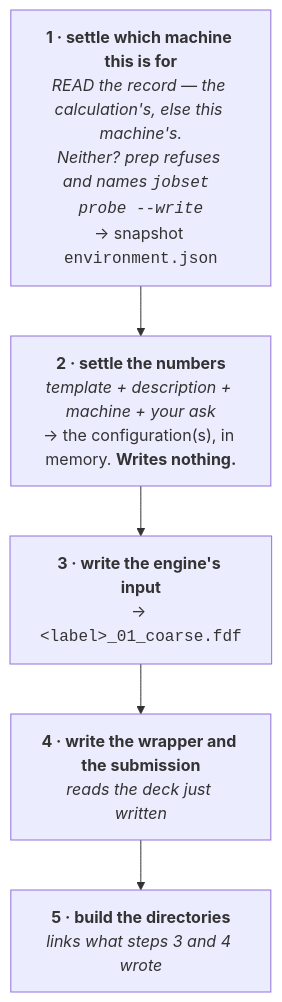
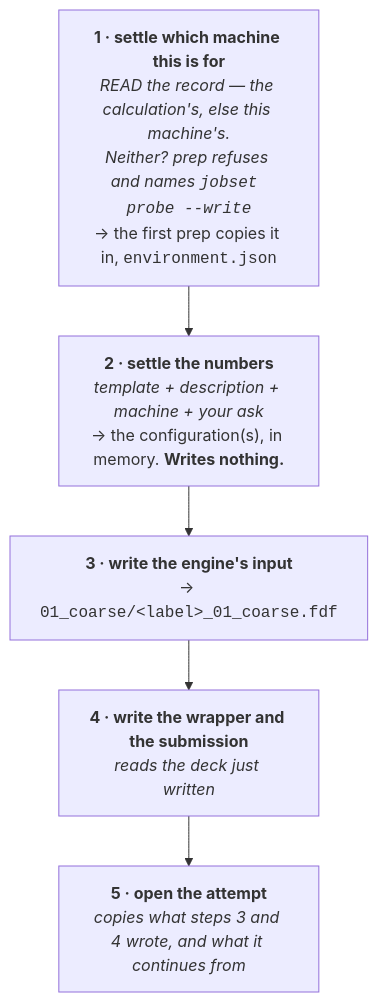
One commit to Qing-LAB/molbuilder changed the third of 4 diagrams in docs/workflow.md. Above: the diagram before and after it, drawn with Mermaid. The commit also changed other lines of this file and 8 other files, not shown here.

First line of the commit message:
Documents brought to the rules they still contradicted: step 5 copies, a redo is a rollback, the copy names its machine

````diff
--- a/docs/workflow.md
+++ b/docs/workflow.md
@@ -266,9 +266,9 @@
 ```mermaid
 flowchart TB
-    S1["<b>1 · settle which machine this is for</b><br/><i>READ the record — the calculation's, else this machine's.<br/>Neither? prep refuses and names <code>jobset probe --write</code></i><br/>→ snapshot <code>environment.json</code>"]
+    S1["<b>1 · settle which machine this is for</b><br/><i>READ the record — the calculation's, else this machine's.<br/>Neither? prep refuses and names <code>jobset probe --write</code></i><br/>→ the first prep copies it in, <code>environment.json</code>"]
     S2["<b>2 · settle the numbers</b><br/><i>template + description + machine + your ask</i><br/>→ the configuration(s), in memory. <b>Writes nothing.</b>"]
-    S3["<b>3 · write the engine's input</b><br/>→ <code>&lt;label&gt;_01_coarse.fdf</code>"]
+    S3["<b>3 · write the engine's input</b><br/>→ <code>01_coarse/&lt;label&gt;_01_coarse.fdf</code>"]
     S4["<b>4 · write the wrapper and the submission</b><br/><i>reads the deck just written</i>"]
-    S5["<b>5 · build the directories</b><br/><i>links what steps 3 and 4 wrote</i>"]
+    S5["<b>5 · open the attempt</b><br/><i>copies what steps 3 and 4 wrote, and what it continues from</i>"]
     S1 --> S2 --> S3 --> S4 --> S5
 ```
````
